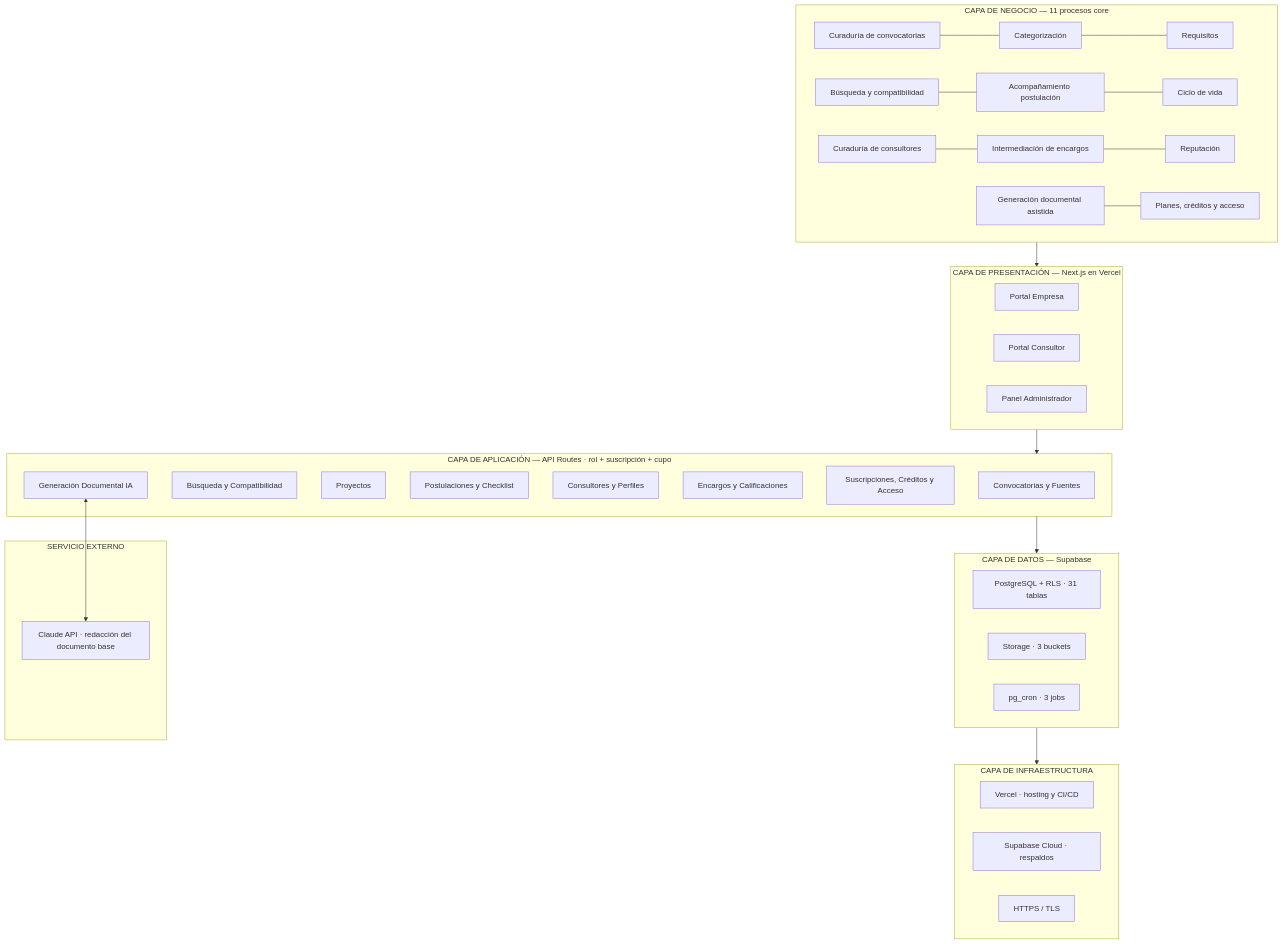
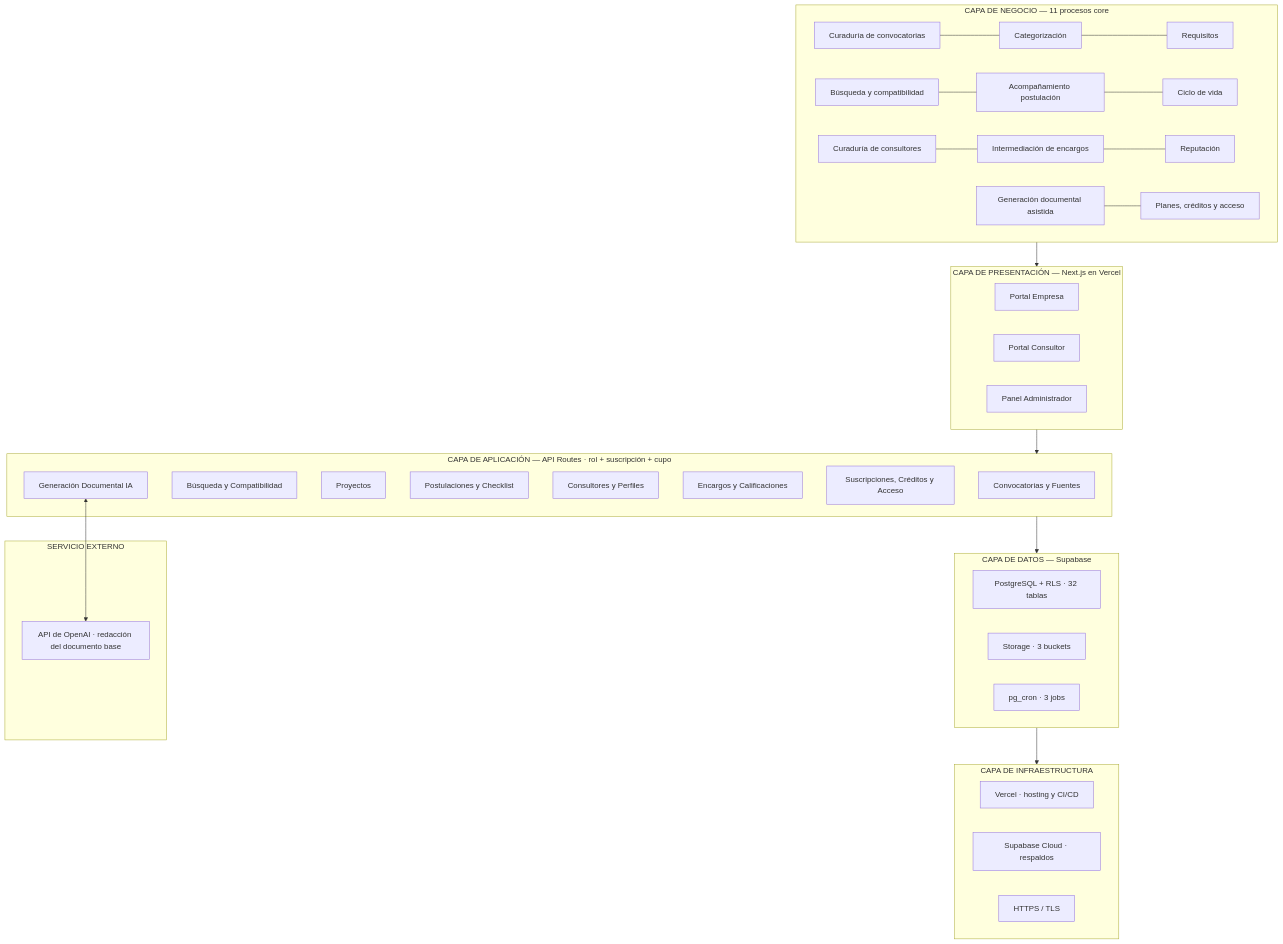
One commit to danielangeline/Convocatorias changed the diagram in docs/04-arquitectura.md. Above: the diagram before and after it, drawn with Mermaid. The commit also changed other lines of this file and 48 other files, not shown here.

````diff
--- a/docs/04-arquitectura.md
+++ b/docs/04-arquitectura.md
@@ -12,39 +12,39 @@
 ```mermaid
 flowchart TB
     subgraph NEGOCIO["CAPA DE NEGOCIO — 11 procesos core"]
         P1["Curaduría de convocatorias"] --- P2["Categorización"] --- P3["Requisitos"]
         P4["Búsqueda y compatibilidad"] --- P5["Acompañamiento postulación"] --- P6["Ciclo de vida"]
         P7["Curaduría de consultores"] --- P8["Intermediación de encargos"] --- P9["Reputación"]
         P10["Generación documental asistida"] --- P11["Planes, créditos y acceso"]
     end
     subgraph PRESENTACION["CAPA DE PRESENTACIÓN — Next.js en Vercel"]
         PU["Portal Empresa"]
         PC["Portal Consultor"]
         PA["Panel Administrador"]
     end
     subgraph APLICACION["CAPA DE APLICACIÓN — API Routes · rol + suscripción + cupo"]
         S1["Convocatorias y Fuentes"]
         S2["Búsqueda y Compatibilidad"]
         S3["Proyectos"]
         S4["Postulaciones y Checklist"]
         S5["Consultores y Perfiles"]
         S6["Encargos y Calificaciones"]
         S7["Suscripciones, Créditos y Acceso"]
         S8["Generación Documental IA"]
     end
     subgraph IA["SERVICIO EXTERNO"]
-        CL["Claude API · redacción del documento base"]
+        CL["API de OpenAI · redacción del documento base"]
     end
     subgraph DATOS["CAPA DE DATOS — Supabase"]
-        DB["PostgreSQL + RLS · 31 tablas"]
+        DB["PostgreSQL + RLS · 32 tablas"]
         ST["Storage · 3 buckets"]
         CR["pg_cron · 3 jobs"]
     end
     subgraph INFRA["CAPA DE INFRAESTRUCTURA"]
         V["Vercel · hosting y CI/CD"]
         SC["Supabase Cloud · respaldos"]
         TLS["HTTPS / TLS"]
     end
     NEGOCIO --> PRESENTACION --> APLICACION --> DATOS --> INFRA
     S8 <--> CL
 ```
````
